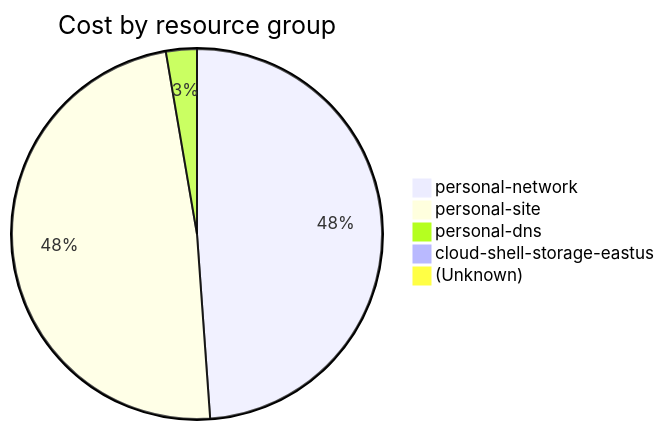
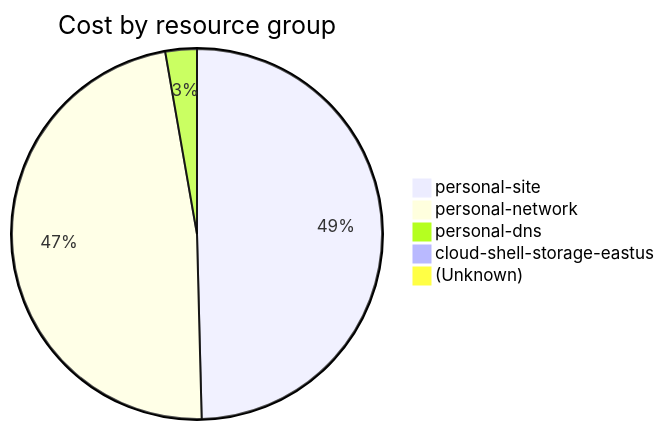
One commit to jpfulton/azure-personal-reports changed the fourth of 4 diagrams in cost-reports/accumulated-cost.md. Above: the diagram before and after it, drawn with Mermaid. The commit also changed other lines of this file and 4 other files, not shown here.

````diff
--- a/cost-reports/accumulated-cost.md
+++ b/cost-reports/accumulated-cost.md
@@ -155,9 +155,9 @@
 ```mermaid
 pie
    title Cost by resource group
+   "personal-site" : 16.59
    "personal-network" : 15.94
-   "personal-site" : 15.80
-   "personal-dns" : 0.88
-   "cloud-shell-storage-eastus" : 0.26
+   "personal-dns" : 0.92
+   "cloud-shell-storage-eastus" : 0.27
    "(Unknown)" : 0.10
 ```
````
